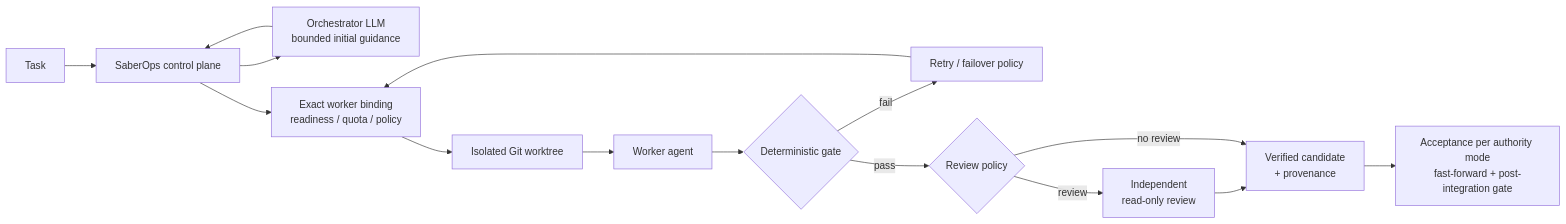
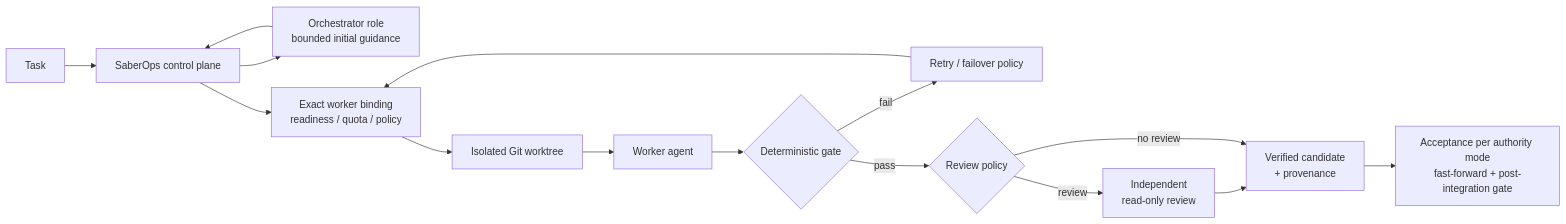
One commit to sabers13/SaberOps changed the diagram in README.md. Above: the diagram before and after it, drawn with Mermaid. The commit also changed other lines of this file and 70 other files, not shown here.

````diff
--- a/README.md
+++ b/README.md
@@ -36,17 +36,17 @@
 ```mermaid
 flowchart LR
     T[Task] --> C[SaberOps control plane]
-    C --> O[Orchestrator LLM<br/>bounded initial guidance]
+    C --> O[Orchestrator role<br/>bounded initial guidance]
     O --> C
     C --> R[Exact worker binding<br/>readiness / quota / policy]
     R --> W[Isolated Git worktree]
     W --> A[Worker agent]
     A --> G{Deterministic gate}
     G -- fail --> F[Retry / failover policy]
     F --> R
     G -- pass --> V{Review policy}
     V -- review --> RV[Independent<br/>read-only review]
     RV --> P[Verified candidate<br/>+ provenance]
     V -- no review --> P
     P --> AC[Acceptance per authority mode<br/>fast-forward + post-integration gate]
 ```
````
